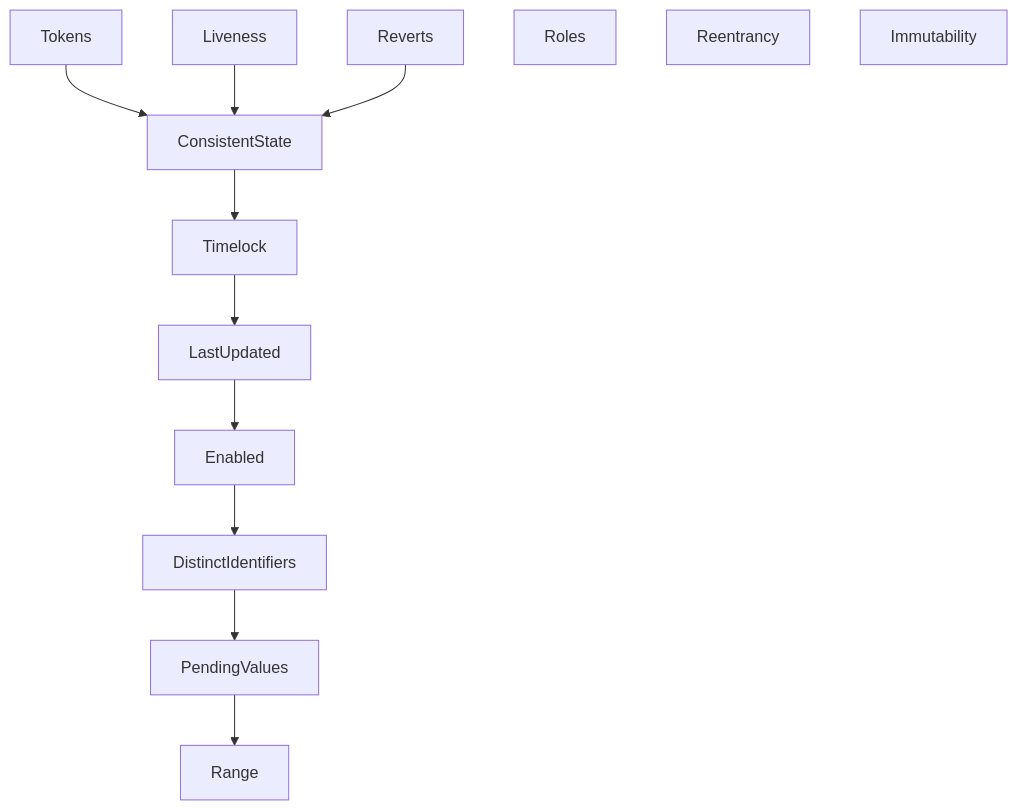
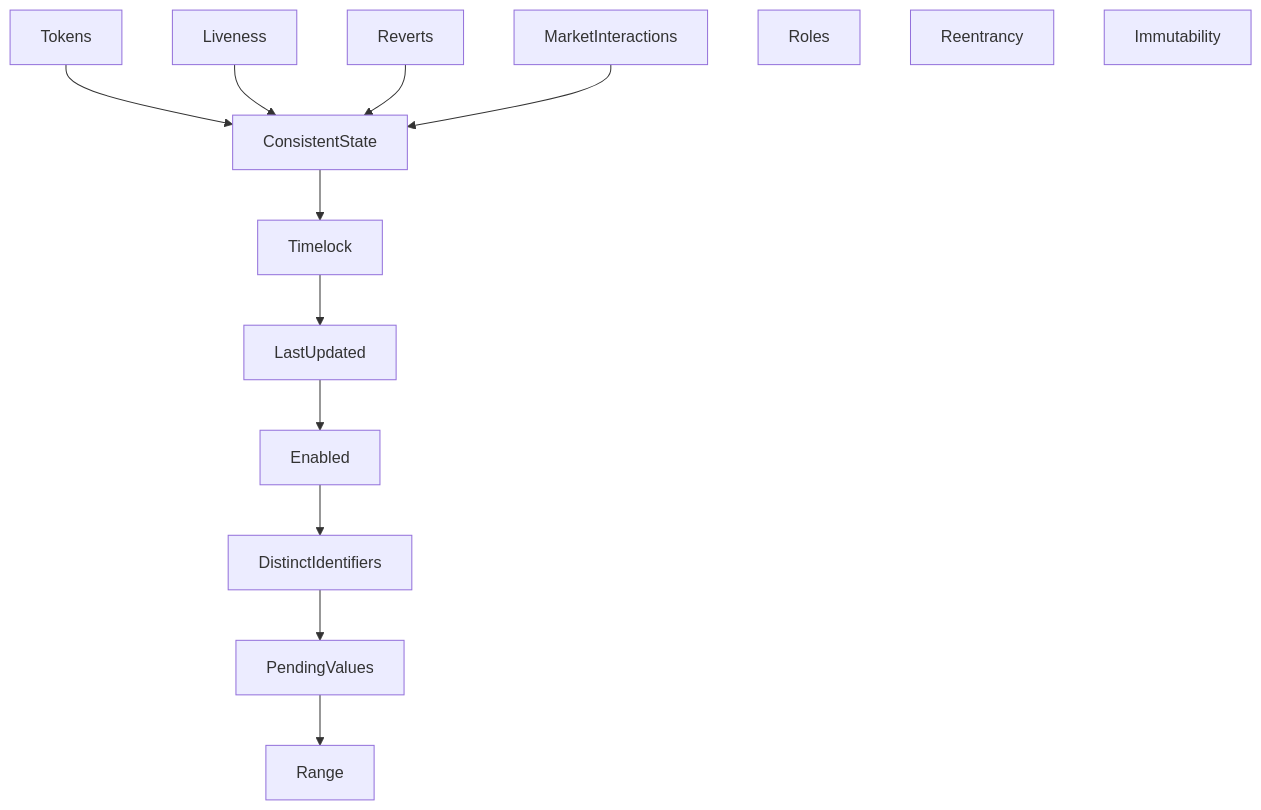
The diagram in certora/README.md (morpho-org/metamorpho), drawn with Mermaid before and after one commit. The commit also changed other lines of this file and 1 other file, not shown here.

Commit message:
docs: update with market interactions

````diff
--- a/certora/README.md
+++ b/certora/README.md
@@ -212,15 +214,16 @@
 ```mermaid
 graph
 Tokens --> ConsistentState
 Liveness --> ConsistentState
 Reverts --> ConsistentState
+MarketInteractions --> ConsistentState
 ConsistentState --> Timelock
 Timelock --> LastUpdated
 LastUpdated --> Enabled
 Enabled --> DistinctIdentifiers
 DistinctIdentifiers --> PendingValues
 PendingValues --> Range
 Roles
 Reentrancy
 Immutability
 ```
````
